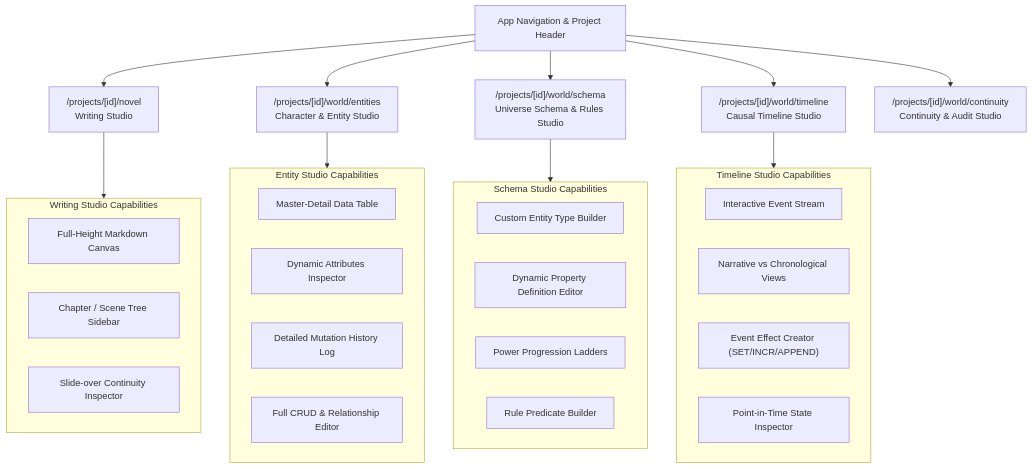
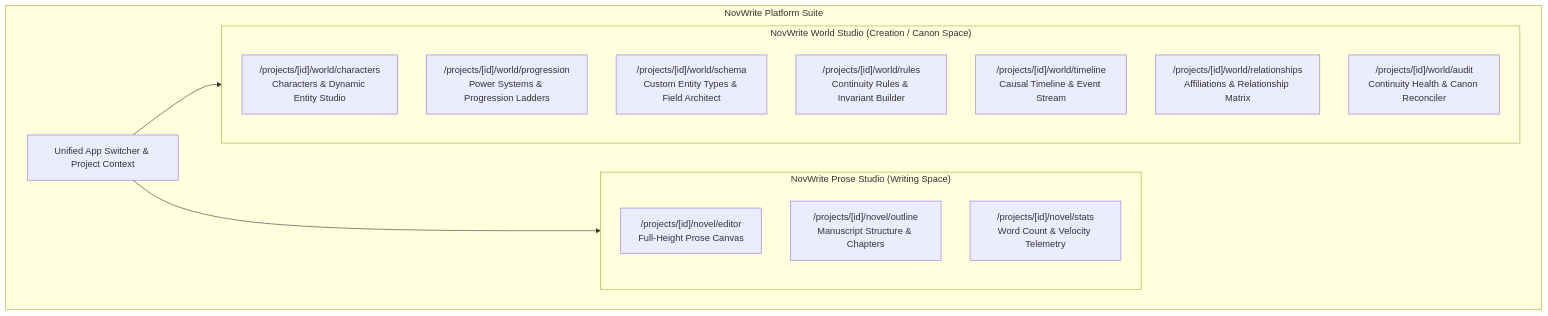
One commit to Yogesh-Kumar-Mallik-dev/NovWrite changed the first of 2 diagrams in docs/FRONTEND_ARCHITECTURE.md. Above: the diagram before and after it, drawn with Mermaid. The commit also changed other lines of this file and 2 other files, not shown here.

Commit message:
docs(frontend): decouple writing and creation workspaces and mandate tri-platform co-development

````diff
--- a/docs/FRONTEND_ARCHITECTURE.md
+++ b/docs/FRONTEND_ARCHITECTURE.md
@@ -36,41 +21,25 @@
 ```mermaid
-flowchart TD
-    Root["App Navigation & Project Header"]
+flowchart TB
+    subgraph Suite ["NovWrite Platform Suite"]
+        AppNav["Unified App Switcher & Project Context"]
 
-    Root --> WritingStudio["/projects/[id]/novel<br/>Writing Studio"]
-    Root --> EntityStudio["/projects/[id]/world/entities<br/>Character & Entity Studio"]
-    Root --> SchemaStudio["/projects/[id]/world/schema<br/>Universe Schema & Rules Studio"]
-    Root --> TimelineStudio["/projects/[id]/world/timeline<br/>Causal Timeline Studio"]
-    Root --> ContinuityStudio["/projects/[id]/world/continuity<br/>Continuity & Audit Studio"]
+        subgraph ProseApp ["NovWrite Prose Studio (Writing Space)"]
+            P1["/projects/[id]/novel/editor<br/>Full-Height Prose Canvas"]
+            P2["/projects/[id]/novel/outline<br/>Manuscript Structure & Chapters"]
+            P3["/projects/[id]/novel/stats<br/>Word Count & Velocity Telemetry"]
+        end
 
-    subgraph WritingSub ["Writing Studio Capabilities"]
-        W1["Full-Height Markdown Canvas"]
-        W2["Chapter / Scene Tree Sidebar"]
-        W3["Slide-over Continuity Inspector"]
+        subgraph WorldApp ["NovWrite World Studio (Creation / Canon Space)"]
+            W1["/projects/[id]/world/characters<br/>Characters & Dynamic Entity Studio"]
+            W2["/projects/[id]/world/progression<br/>Power Systems & Progression Ladders"]
+            W3["/projects/[id]/world/schema<br/>Custom Entity Types & Field Architect"]
+            W4["/projects/[id]/world/rules<br/>Continuity Rules & Invariant Builder"]
+            W5["/projects/[id]/world/timeline<br/>Causal Timeline & Event Stream"]
+            W6["/projects/[id]/world/relationships<br/>Affiliations & Relationship Matrix"]
+            W7["/projects/[id]/world/audit<br/>Continuity Health & Canon Reconciler"]
+        end
     end
-    WritingStudio --> WritingSub
 
-    subgraph EntitySub ["Entity Studio Capabilities"]
-        E1["Master-Detail Data Table"]
-        E2["Dynamic Attributes Inspector"]
-        E3["Detailed Mutation History Log"]
-        E4["Full CRUD & Relationship Editor"]
-    end
-    EntityStudio --> EntitySub
-
-    subgraph SchemaSub ["Schema Studio Capabilities"]
-        S1["Custom Entity Type Builder"]
-        S2["Dynamic Property Definition Editor"]
-        S3["Power Progression Ladders"]
-        S4["Rule Predicate Builder"]
-    end
-    SchemaStudio --> SchemaSub
-
-    subgraph TimelineSub ["Timeline Studio Capabilities"]
-        T1["Interactive Event Stream"]
-        T2["Narrative vs Chronological Views"]
-        T3["Event Effect Creator (SET/INCR/APPEND)"]
-        T4["Point-in-Time State Inspector"]
-    end
-    TimelineStudio --> TimelineSub
+    AppNav --> ProseApp
+    AppNav --> WorldApp
 ```
````
